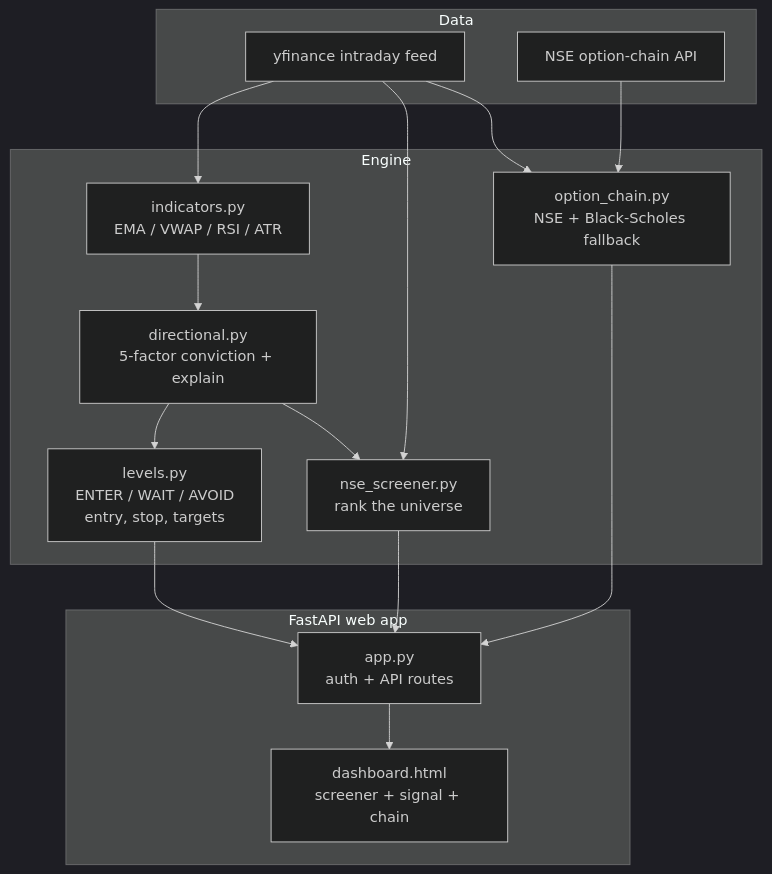
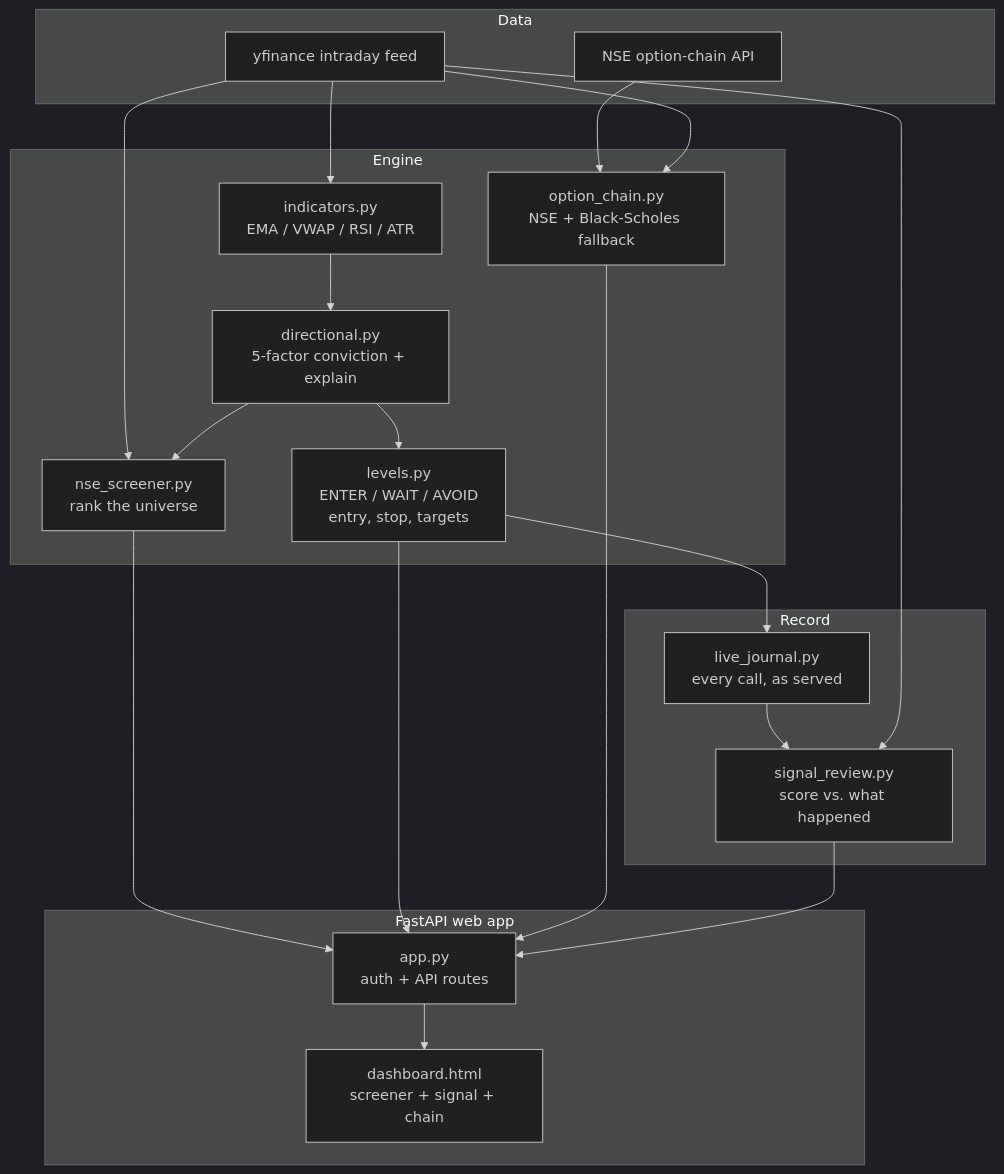
One commit to Abhist17/atlas changed the diagram in README.md. Above: the diagram before and after it, drawn with Mermaid (dark theme). The commit also changed other lines of this file and 7 other files, not shown here.

First line of the commit message:
Journal every call and score it against what price did next

````diff
--- a/README.md
+++ b/README.md
@@ -76,31 +104,38 @@
 ```mermaid
 flowchart TD
     subgraph Data
         YF[yfinance intraday feed]
         NSE[NSE option-chain API]
     end
 
     subgraph Engine
         IND[indicators.py<br/>EMA / VWAP / RSI / ATR]
         DIR[directional.py<br/>5-factor conviction + explain]
         LVL[levels.py<br/>ENTER / WAIT / AVOID<br/>entry, stop, targets]
         SCR[nse_screener.py<br/>rank the universe]
         OC[option_chain.py<br/>NSE + Black-Scholes fallback]
     end
 
     subgraph Web [FastAPI web app]
         API[app.py<br/>auth + API routes]
         UI[dashboard.html<br/>screener + signal + chain]
     end
 
     YF --> IND --> DIR --> LVL
     YF --> SCR
     DIR --> SCR
     NSE --> OC
     YF --> OC
 
+    subgraph Record
+        JRN[live_journal.py<br/>every call, as served]
+        REV[signal_review.py<br/>score vs. what happened]
+    end
+
     SCR --> API
     LVL --> API
     OC --> API
     API --> UI
+    LVL --> JRN --> REV --> API
+    YF --> REV
 ```
````
